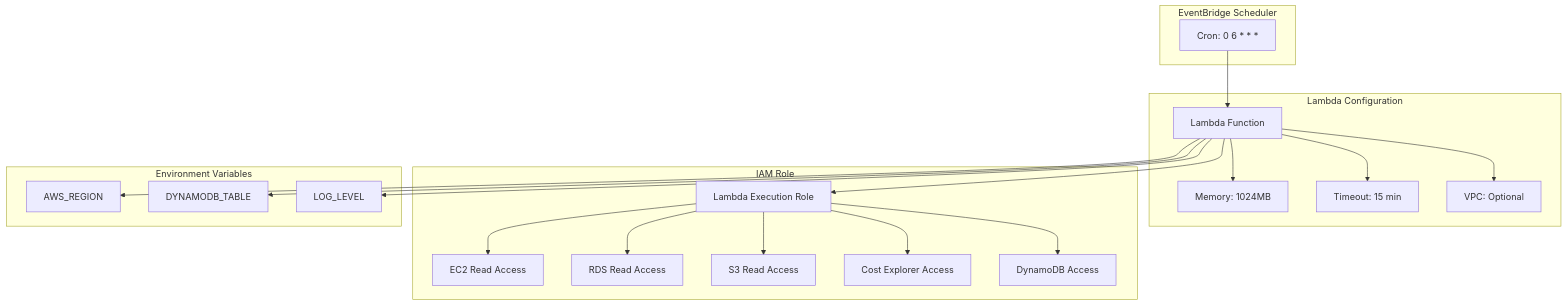
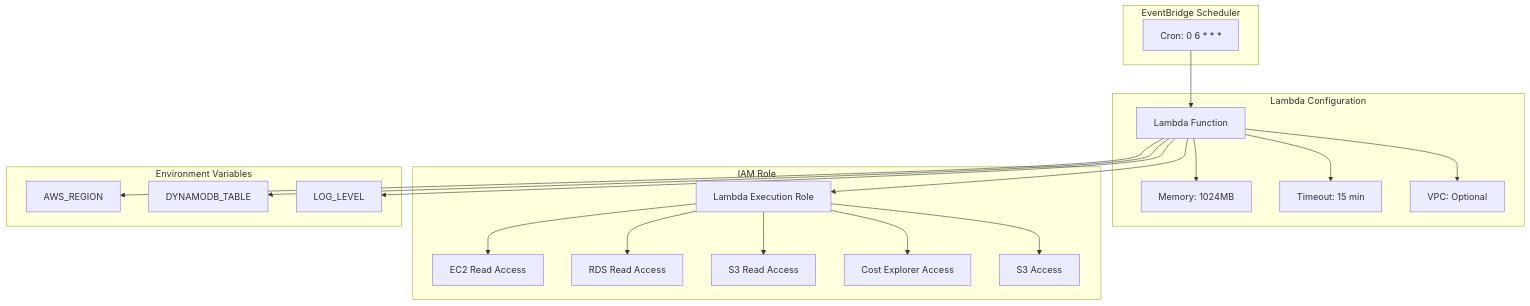
Diagram 11 of 15 in docs/TECHNICAL_GUIDE.md (FELIPEACASTRO/finops-aws-bdr), drawn with Mermaid before and after one commit. The commit also changed other lines of this file and 4 other files, not shown here.

````diff
--- a/docs/TECHNICAL_GUIDE.md
+++ b/docs/TECHNICAL_GUIDE.md
@@ -798,42 +802,42 @@
 ```mermaid
 graph TB
     subgraph "EventBridge Scheduler"
         A[Cron: 0 6 * * *]
     end
     
     subgraph "Lambda Configuration"
         B[Lambda Function]
         C[Memory: 1024MB]
         D[Timeout: 15 min]
         E[VPC: Optional]
     end
     
     subgraph "IAM Role"
         F[Lambda Execution Role]
         G[EC2 Read Access]
         H[RDS Read Access]
         I[S3 Read Access]
         J[Cost Explorer Access]
-        K[DynamoDB Access]
+        K[S3 Access]
     end
     
     subgraph "Environment Variables"
         L[AWS_REGION]
         M[DYNAMODB_TABLE]
         N[LOG_LEVEL]
     end
     
     A --> B
     B --> C
     B --> D
     B --> E
     B --> F
     F --> G
     F --> H
     F --> I
     F --> J
     F --> K
     B --> L
     B --> M
     B --> N
 ```
````
